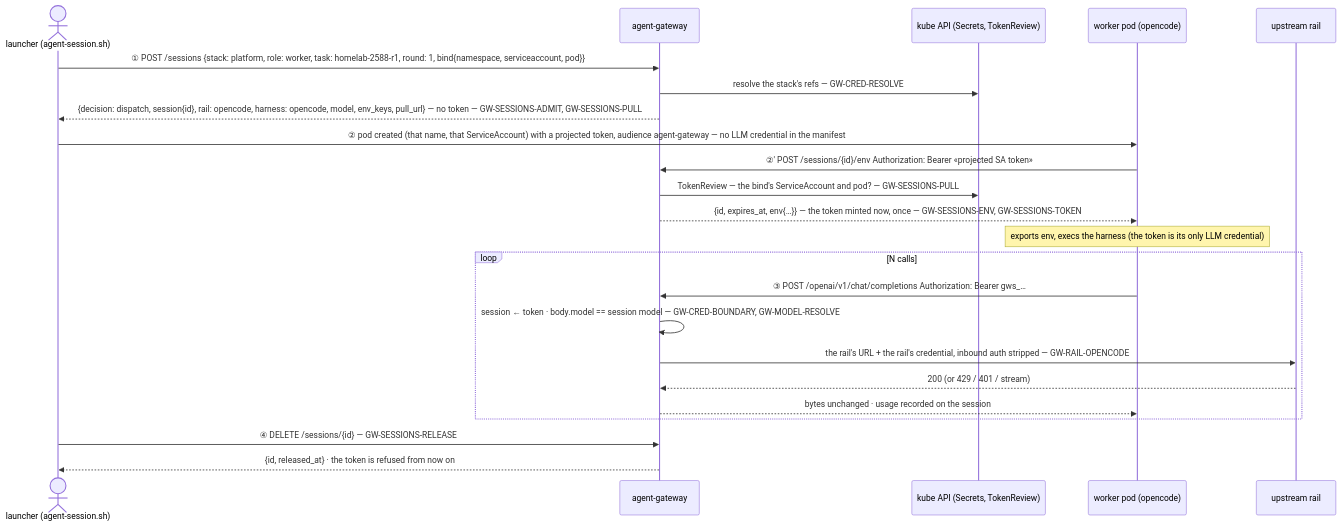
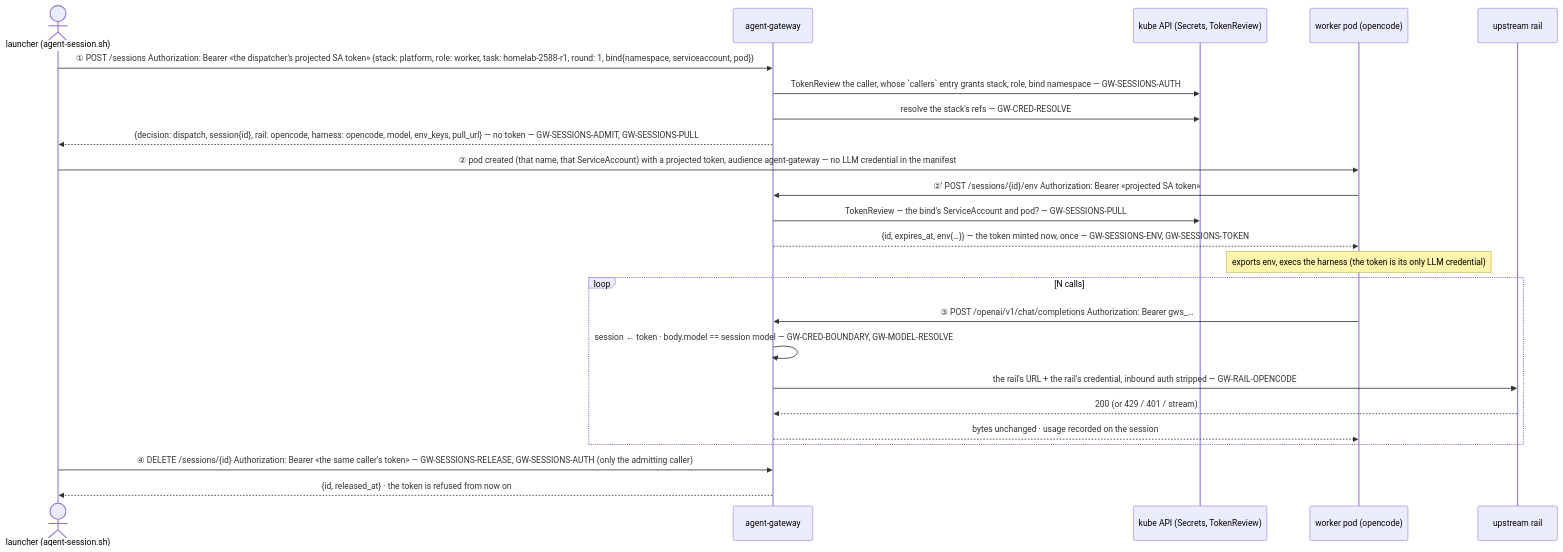
The diagram in gateway/specs/use-cases/uc-1-worker-ride.md (teststuffstash/homelab), drawn with Mermaid before and after one commit. The commit also changed other lines of this file and 25 other files, not shown here.

First line of the commit message:
gateway: authenticate the control plane — caller's projected SA token + policy callers, observe knob (FU-270)

````diff
--- a/gateway/specs/use-cases/uc-1-worker-ride.md
+++ b/gateway/specs/use-cases/uc-1-worker-ride.md
@@ -22,25 +22,26 @@
 ```mermaid
 sequenceDiagram
   actor L as launcher (agent-session.sh)
   participant G as agent-gateway
   participant K as kube API (Secrets, TokenReview)
   participant P as worker pod (opencode)
   participant U as upstream rail
-  L->>G: ① POST /sessions {stack: platform, role: worker, task: homelab-2588-r1, round: 1, bind{namespace, serviceaccount, pod}}
+  L->>G: ① POST /sessions  Authorization: Bearer «the dispatcher's projected SA token» {stack: platform, role: worker, task: homelab-2588-r1, round: 1, bind{namespace, serviceaccount, pod}}
+  G->>K: TokenReview the caller, whose `callers` entry grants stack, role, bind namespace — GW-SESSIONS-AUTH
   G->>K: resolve the stack's refs — GW-CRED-RESOLVE
   G-->>L: {decision: dispatch, session{id}, rail: opencode, harness: opencode, model, env_keys, pull_url} — no token — GW-SESSIONS-ADMIT, GW-SESSIONS-PULL
   L->>P: ② pod created (that name, that ServiceAccount) with a projected token, audience agent-gateway — no LLM credential in the manifest
   P->>G: ②′ POST /sessions/{id}/env  Authorization: Bearer «projected SA token»
   G->>K: TokenReview — the bind's ServiceAccount and pod? — GW-SESSIONS-PULL
   G-->>P: {id, expires_at, env{…}} — the token minted now, once — GW-SESSIONS-ENV, GW-SESSIONS-TOKEN
   Note over P: exports env, execs the harness (the token is its only LLM credential)
   loop N calls
     P->>G: ③ POST /openai/v1/chat/completions  Authorization: Bearer gws_…
     G->>G: session ← token · body.model == session model — GW-CRED-BOUNDARY, GW-MODEL-RESOLVE
     G->>U: the rail's URL + the rail's credential, inbound auth stripped — GW-RAIL-OPENCODE
     U-->>G: 200 (or 429 / 401 / stream)
     G-->>P: bytes unchanged · usage recorded on the session
   end
-  L->>G: ④ DELETE /sessions/{id} — GW-SESSIONS-RELEASE
+  L->>G: ④ DELETE /sessions/{id}  Authorization: Bearer «the same caller's token» — GW-SESSIONS-RELEASE, GW-SESSIONS-AUTH (only the admitting caller)
   G-->>L: {id, released_at} · the token is refused from now on
 ```
````
